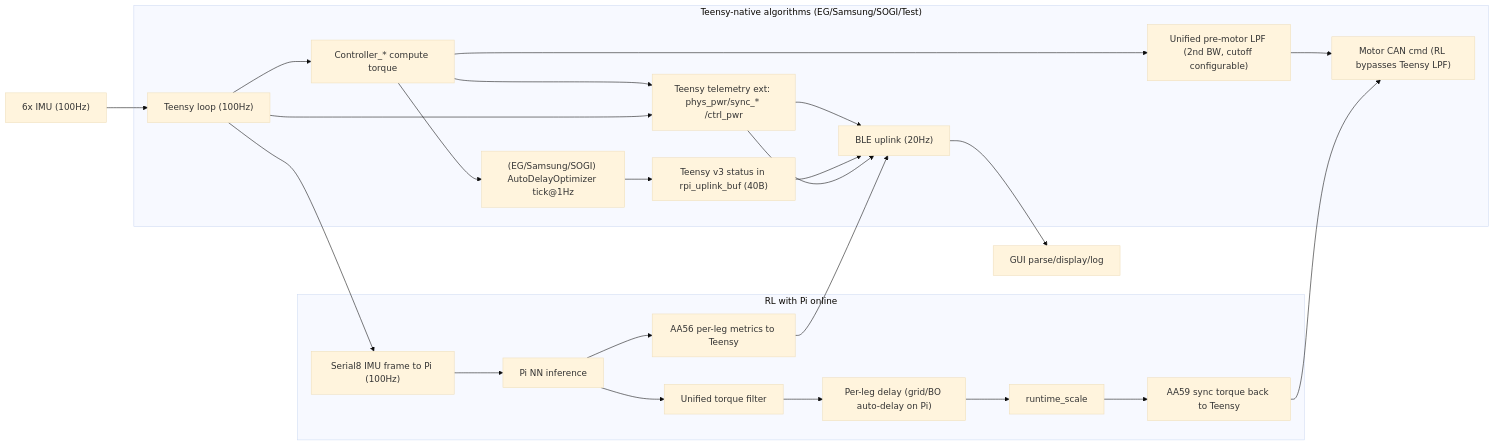
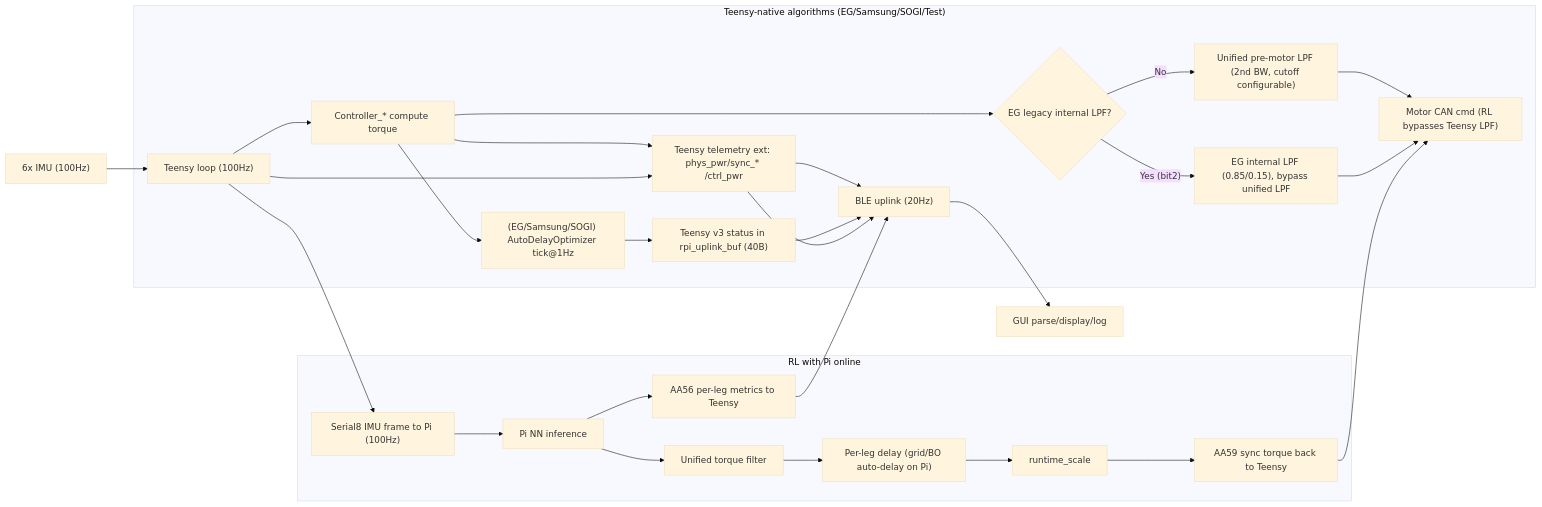
The first of 2 diagrams in Docs/SYSTEM_ARCHITECTURE.md (ALL-IN-EXO/Hip-Exo-All-in-One-with-Apple-GUI), drawn with Mermaid (base theme) before and after one commit. The commit also changed other lines of this file and 69 other files, not shown here.

````diff
--- a/Docs/SYSTEM_ARCHITECTURE.md
+++ b/Docs/SYSTEM_ARCHITECTURE.md
@@ -475,31 +481,34 @@
 ```mermaid
 flowchart LR
     A["6x IMU (100Hz)"] --> B["Teensy loop (100Hz)"]
 
     subgraph NATIVE["Teensy-native algorithms (EG/Samsung/SOGI/Test)"]
       B --> C1["Controller_* compute torque"]
       C1 --> C2["(EG/Samsung/SOGI) AutoDelayOptimizer tick@1Hz"]
-      C1 --> C3F["Unified pre-motor LPF (2nd BW, cutoff configurable)"]
-      C3F --> C3["Motor CAN cmd"]
+      C1 --> C3F{"EG legacy internal LPF?"}
+      C3F -- "No" --> C3A["Unified pre-motor LPF (2nd BW, cutoff configurable)"]
+      C3F -- "Yes (bit2)" --> C3B["EG internal LPF (0.85/0.15), bypass unified LPF"]
+      C3A --> C3["Motor CAN cmd"]
+      C3B --> C3
       C1 --> C4["Teensy telemetry ext: phys_pwr/sync_* /ctrl_pwr"]
       C2 --> C5["Teensy v3 status in rpi_uplink_buf (40B)"]
       C4 --> D["BLE uplink (20Hz)"]
       C5 --> D
     end
 
     subgraph RLPI["RL with Pi online"]
       B --> E1["Serial8 IMU frame to Pi (100Hz)"]
       E1 --> E2["Pi NN inference"]
       E2 --> E3["Unified torque filter"]
       E3 --> E4["Per-leg delay (grid/BO auto-delay on Pi)"]
       E4 --> E5["runtime_scale"]
       E5 --> E6["AA59 sync torque back to Teensy"]
       E2 --> E7["AA56 per-leg metrics to Teensy"]
       E6 --> C3["Motor CAN cmd (RL bypasses Teensy LPF)"]
       E7 --> D
       B --> C4
       C4 --> D
     end
 
     D --> F["GUI parse/display/log"]
 ```
````
